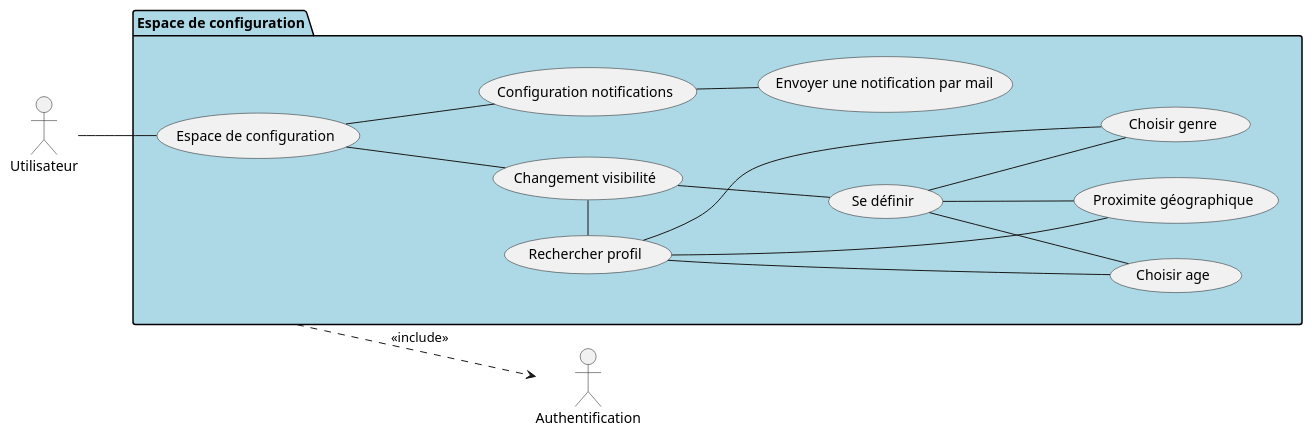
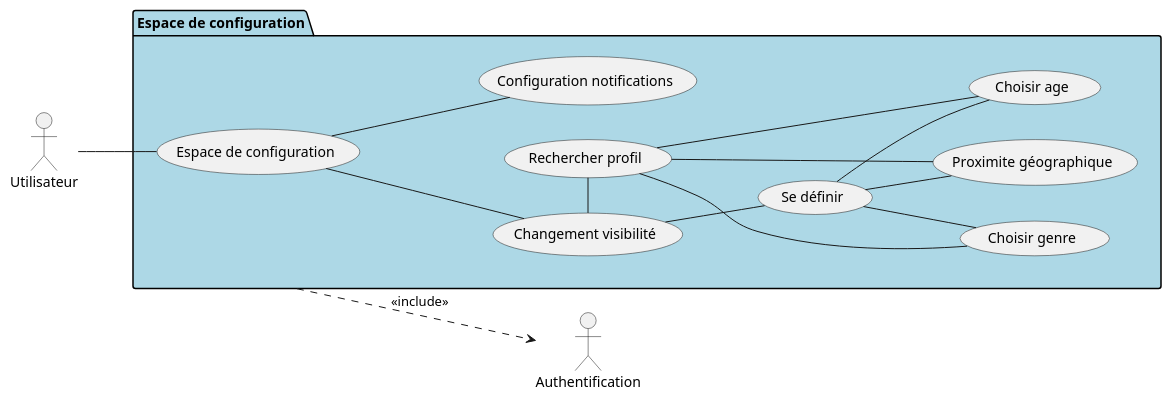
One commit to MinaroliCorentin/PSO changed the diagram in src/Projet_Tinder_Cas_Utilisation_Espace_De_Configuration.puml. Above: the diagram before and after it, drawn with PlantUML. The commit also changed 5 other files, not shown here.

Commit message:
MAJ Cas Utilisation avec suppression de redodance Premier jet de diagramme UML

```diff
--- a/src/Projet_Tinder_Cas_Utilisation_Espace_De_Configuration.puml
+++ b/src/Projet_Tinder_Cas_Utilisation_Espace_De_Configuration.puml
@@ -1,44 +1,41 @@
 @startuml
 
 left to right direction
 
 'Acteurs'
 actor Utilisateur
 actor "Authentification"
 
 package "Espace de configuration" #LightBlue {
 
     usecase "Espace de configuration" as config_espace
     usecase "Changement visibilité" as config_visibilite
     usecase "Proximite géographique" as config_proximite
     usecase "Choisir age" as config_age
     usecase "Choisir genre" as config_genre
     usecase "Se définir" as config_ses_critere_visibilite
     usecase "Rechercher profil" as config_critere_visibilite_autres
     usecase "Configuration notifications" as config_notif
-    usecase "Envoyer une notification par mail" as config_mail
 
     Utilisateur -- config_espace
 
     config_espace -- config_visibilite
     config_espace -- config_notif
-
-    config_notif -- config_mail
 
     config_visibilite -- config_ses_critere_visibilite
     config_visibilite -left- config_critere_visibilite_autres
 
     config_critere_visibilite_autres -up- config_proximite
     config_critere_visibilite_autres -up- config_age
     config_critere_visibilite_autres -up- config_genre
 
     config_ses_critere_visibilite -down- config_proximite
     config_ses_critere_visibilite -down- config_age
     config_ses_critere_visibilite -down- config_genre
 
 }
 
     "Espace de configuration" ..> Authentification : <<include>>
 
 
 @enduml
```
